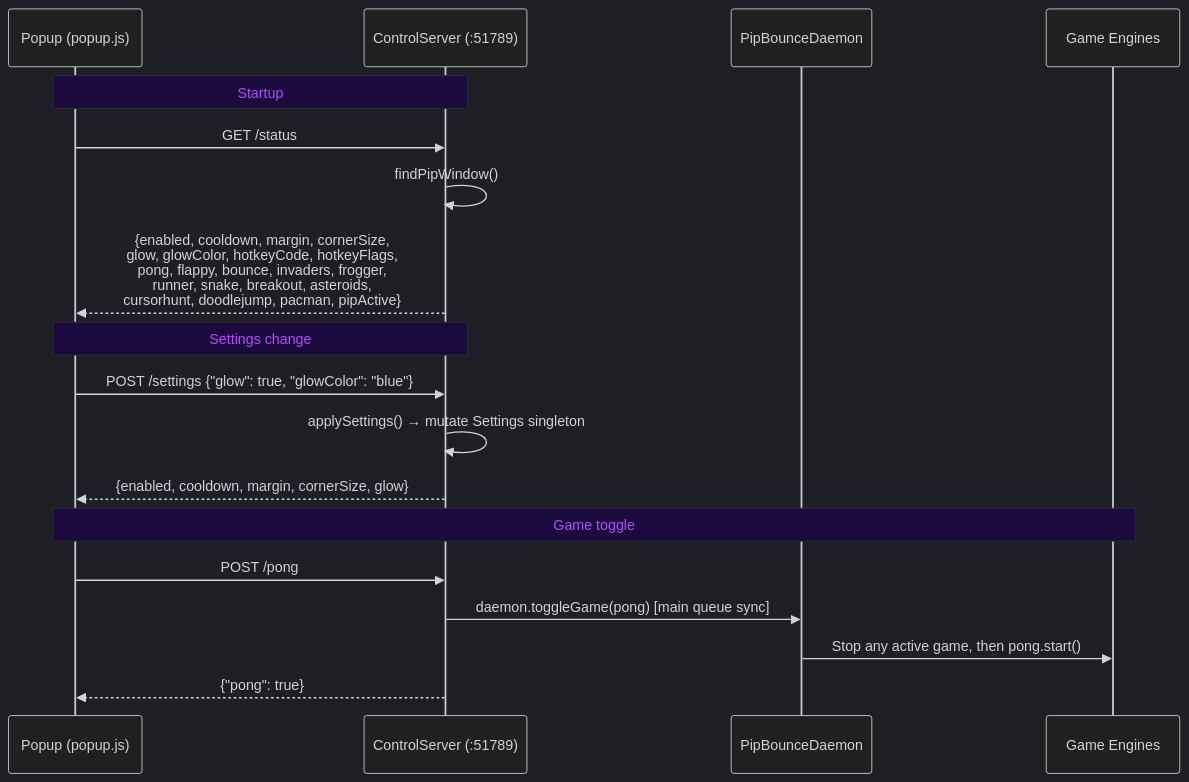
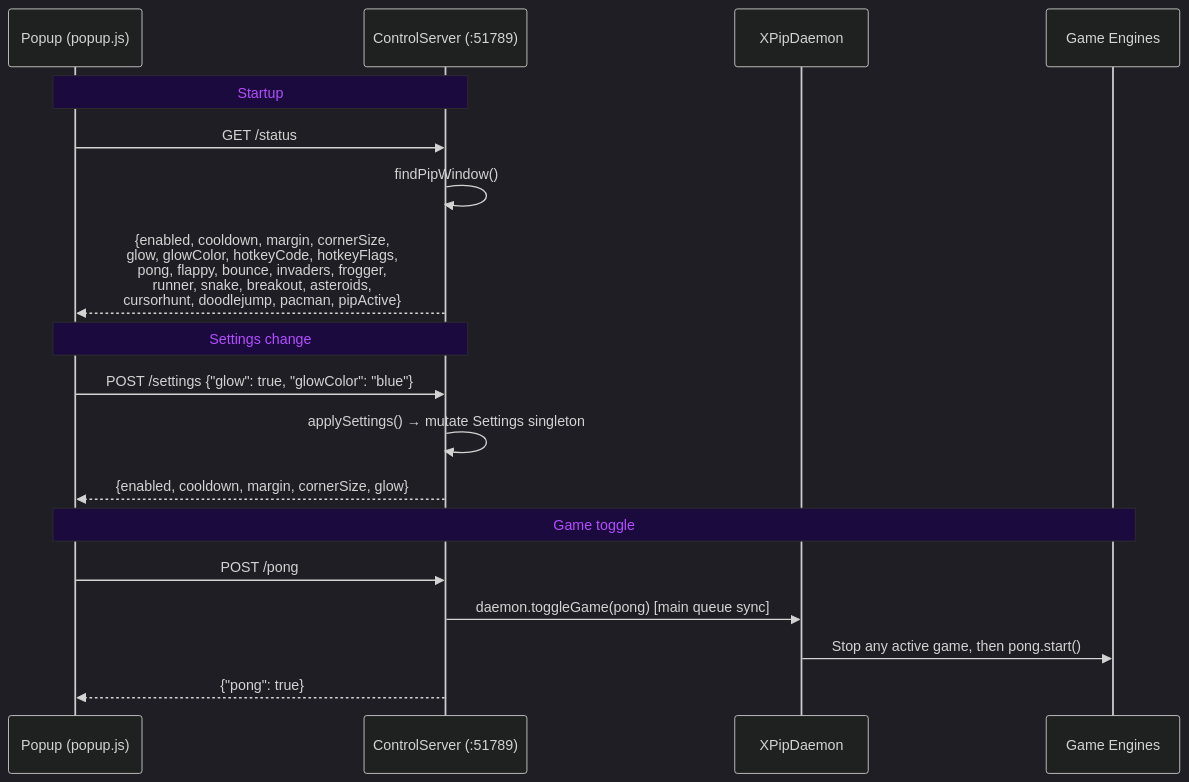
Before and after one commit to colours93/pipbounce: the fifth of 9 diagrams in README.md, drawn with Mermaid. The commit also changed other lines of this file and 21 other files, not shown here.

Commit message:
Rebrand pipbounce to xpip across daemon, extension, docs, and tooling

````diff
--- a/README.md
+++ b/README.md
@@ -298,24 +298,24 @@
 ```mermaid
 %%{init: {'theme': 'dark', 'themeVariables': {'primaryColor': '#0a2540', 'primaryTextColor': '#00fff5', 'primaryBorderColor': '#00fff5', 'lineColor': '#b44dff', 'secondaryColor': '#1a0a3e', 'tertiaryColor': '#0a3520', 'edgeLabelBackground': '#111', 'clusterBkg': '#0d0d14', 'clusterBorder': '#2a2a3a', 'titleColor': '#fafafa', 'nodeTextColor': '#fafafa', 'noteBkgColor': '#1a0a3e', 'noteTextColor': '#b44dff', 'activationBkgColor': '#0a2540', 'activationBorderColor': '#00fff5'}}}%%
 sequenceDiagram
     participant P as Popup (popup.js)
     participant S as ControlServer (:51789)
-    participant D as PipBounceDaemon
+    participant D as XPipDaemon
     participant G as Game Engines
 
     Note over P,S: Startup
     P->>S: GET /status
     S->>S: findPipWindow()
     S-->>P: {enabled, cooldown, margin, cornerSize,<br/>glow, glowColor, hotkeyCode, hotkeyFlags,<br/>pong, flappy, bounce, invaders, frogger,<br/>runner, snake, breakout, asteroids,<br/>cursorhunt, doodlejump, pacman, pipActive}
 
     Note over P,S: Settings change
     P->>S: POST /settings {"glow": true, "glowColor": "blue"}
     S->>S: applySettings() → mutate Settings singleton
     S-->>P: {enabled, cooldown, margin, cornerSize, glow}
 
     Note over P,G: Game toggle
     P->>S: POST /pong
     S->>D: daemon.toggleGame(pong) [main queue sync]
     D->>G: Stop any active game, then pong.start()
     S-->>P: {"pong": true}
 ```
````
